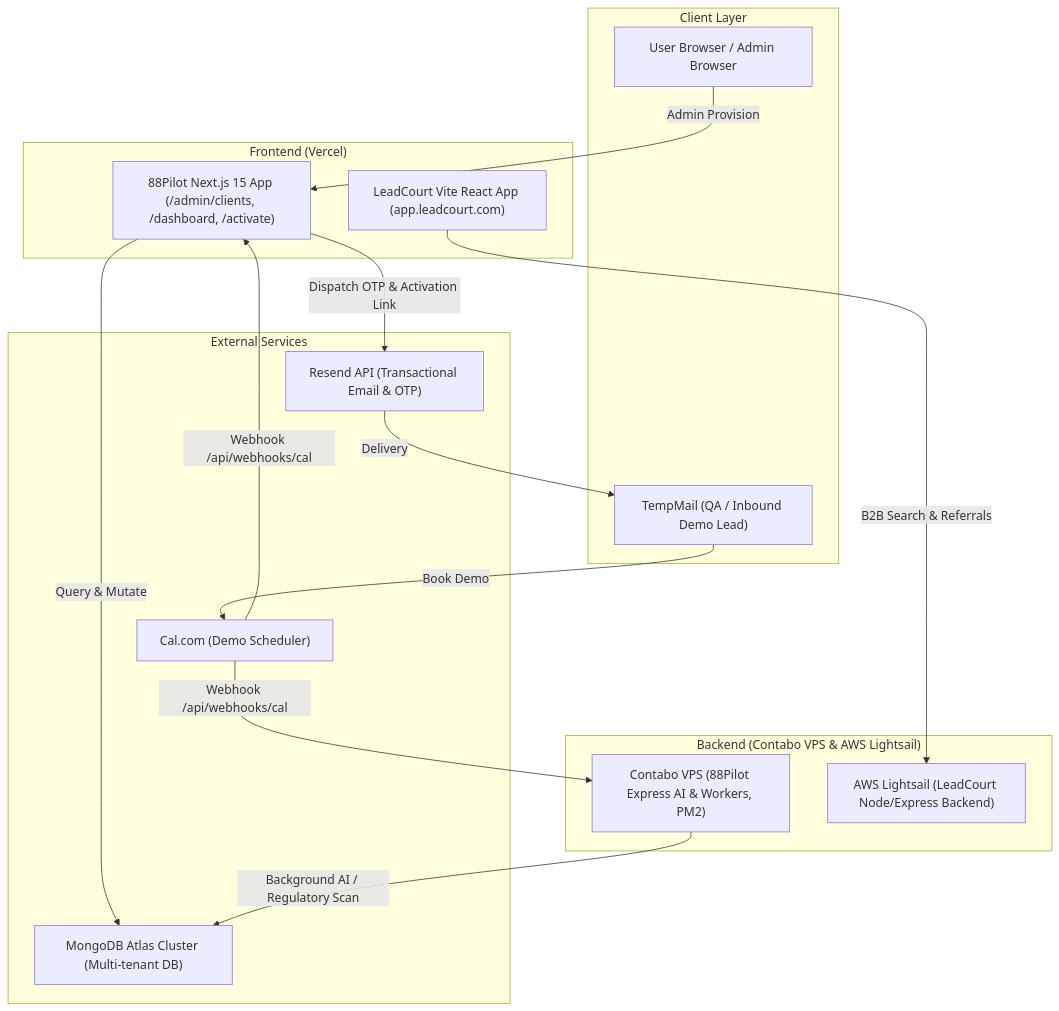
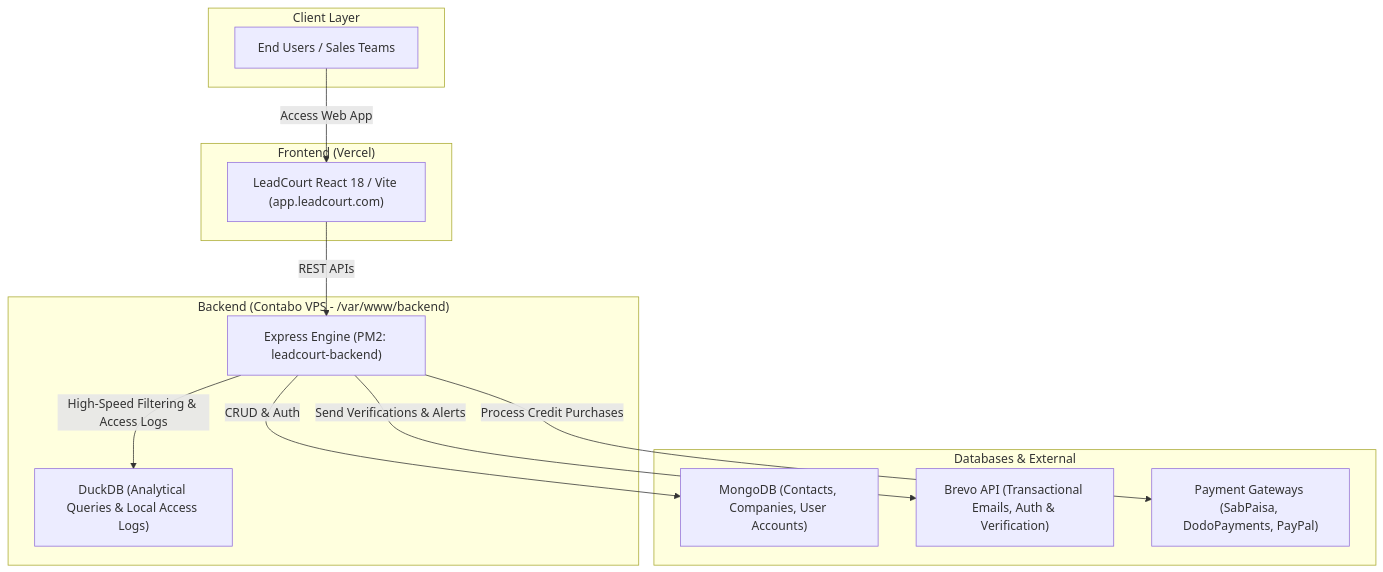
The diagram in SYSTEM_DOCUMENTATION.md (leadcourt/leadcourt-frontend-main-app), drawn with Mermaid before and after one commit. The commit also changed other lines of this file, not shown here.

Commit message:
docs: add dedicated LeadCourt technical and operational documentation

````diff
--- a/SYSTEM_DOCUMENTATION.md
+++ b/SYSTEM_DOCUMENTATION.md
@@ -7,33 +7,28 @@
 ```mermaid
 flowchart TD
     subgraph Client ["Client Layer"]
-        Browser["User Browser / Admin Browser"]
-        TempMail["TempMail (QA / Inbound Demo Lead)"]
+        User["End Users / Sales Teams"]
     end
 
     subgraph Frontend ["Frontend (Vercel)"]
-        NextJS["88Pilot Next.js 15 App (/admin/clients, /dashboard, /activate)"]
-        ViteReact["LeadCourt Vite React App (app.leadcourt.com)"]
+        LC_Frontend["LeadCourt React 18 / Vite (app.leadcourt.com)"]
     end
 
-    subgraph External ["External Services"]
-        CalCom["Cal.com (Demo Scheduler)"]
-        Resend["Resend API (Transactional Email & OTP)"]
-        MongoAtlas["MongoDB Atlas Cluster (Multi-tenant DB)"]
+    subgraph Backend ["Backend (Contabo VPS - /var/www/backend)"]
+        LC_Backend["Express Engine (PM2: leadcourt-backend)"]
+        DuckDB_Engine["DuckDB (Analytical Queries & Local Access Logs)"]
     end
 
-    subgraph Backend ["Backend (Contabo VPS & AWS Lightsail)"]
-        Contabo["Contabo VPS (88Pilot Express AI & Workers, PM2)"]
-        Lightsail["AWS Lightsail (LeadCourt Node/Express Backend)"]
+    subgraph Storage ["Databases & External"]
+        MongoDB["MongoDB (Contacts, Companies, User Accounts)"]
+        Brevo["Brevo API (Transactional Emails, Auth & Verification)"]
+        Payments["Payment Gateways (SabPaisa, DodoPayments, PayPal)"]
     end
 
-    TempMail -->|Book Demo| CalCom
-    CalCom -->|Webhook /api/webhooks/cal| NextJS
-    CalCom -->|Webhook /api/webhooks/cal| Contabo
-    Browser -->|Admin Provision| NextJS
-    NextJS -->|Dispatch OTP & Activation Link| Resend
-    Resend -->|Delivery| TempMail
-    NextJS -->|Query & Mutate| MongoAtlas
-    Contabo -->|Background AI / Regulatory Scan| MongoAtlas
-    ViteReact -->|B2B Search & Referrals| Lightsail
+    User -->|Access Web App| LC_Frontend
+    LC_Frontend -->|REST APIs| LC_Backend
+    LC_Backend -->|CRUD & Auth| MongoDB
+    LC_Backend -->|High-Speed Filtering & Access Logs| DuckDB_Engine
+    LC_Backend -->|Send Verifications & Alerts| Brevo
+    LC_Backend -->|Process Credit Purchases| Payments
 ```
````
